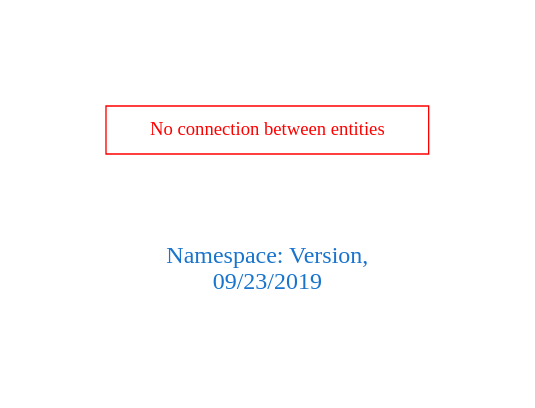
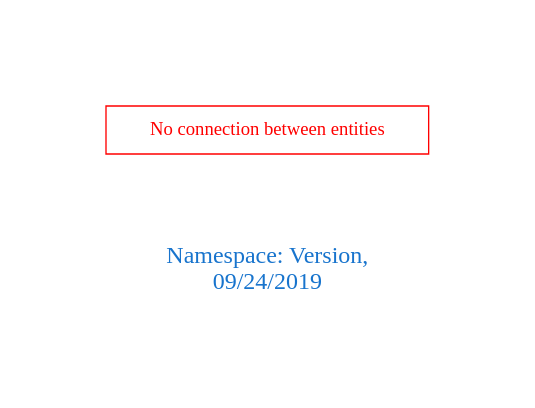
One commit to arago/OGIT changed the diagram in downloads/Version.dot. Above: the diagram before and after it, drawn with Graphviz. The commit also changed 175 other files, not shown here.

```diff
--- a/downloads/Version.dot
+++ b/downloads/Version.dot
@@ -1,9 +1,9 @@
 digraph OGIT_ontology {
  graph [ rankdir= LR,pad=1 
 fontsize = 18,
-fontcolor= dodgerblue3,label = "\n\n\nNamespace: Version, \n 09/23/2019"];
+fontcolor= dodgerblue3,label = "\n\n\nNamespace: Version, \n 09/24/2019"];
 node[shape=polygon];
 edge [  color="gray81"];
 
 "No connection between entities" [fontcolor = "red",color="red", shape="polygon"]
 }
```
